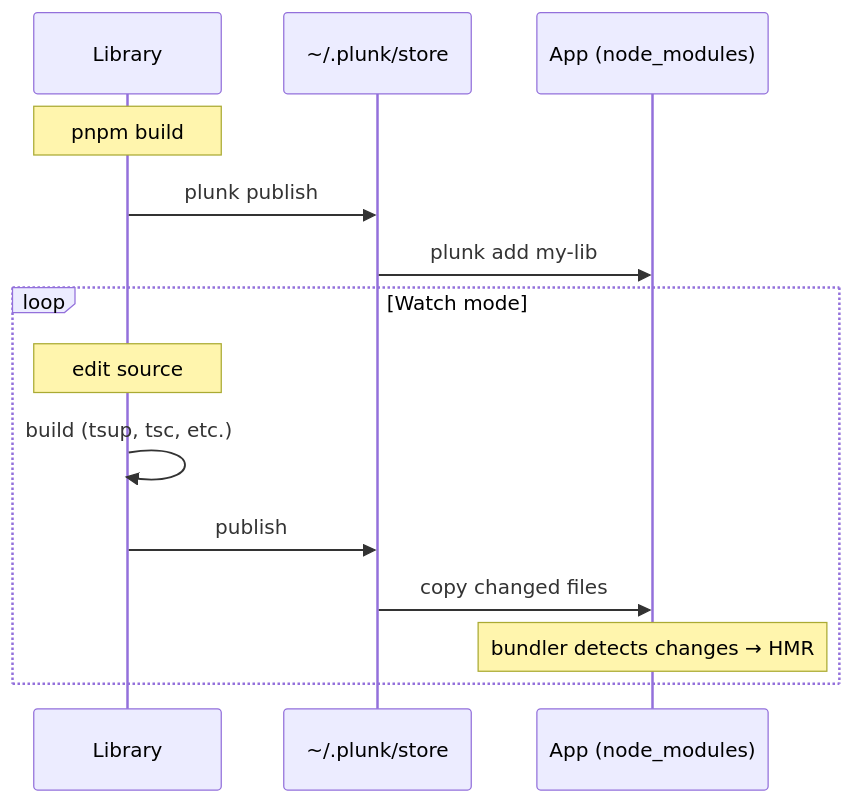
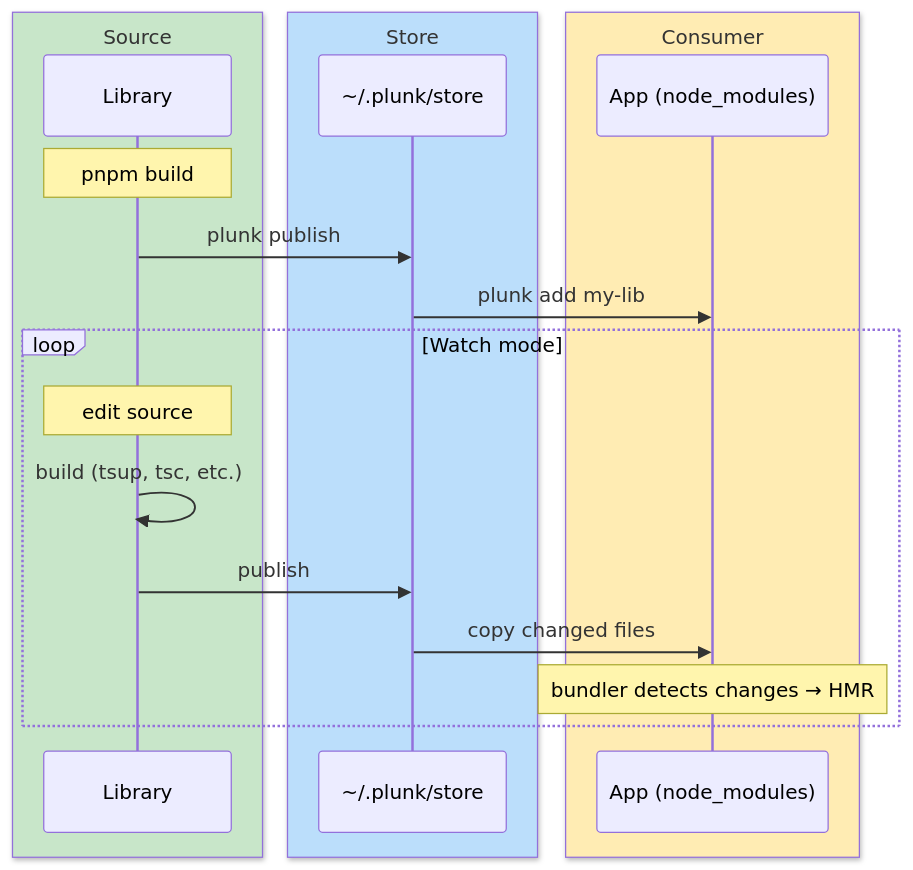
One commit to oleg-kuibar/plunk changed the first of 2 diagrams in docs/getting-started.md. Above: the diagram before and after it, drawn with Mermaid. The commit also changed other lines of this file and 10 other files, not shown here.

First line of the commit message:
docs: theme-safe mermaid colors, tighten prose

````diff
--- a/docs/getting-started.md
+++ b/docs/getting-started.md
@@ -14,18 +14,24 @@
 ```mermaid
 sequenceDiagram
-    participant Lib as Library
-    participant Store as ~/.plunk/store
-    participant App as App (node_modules)
+    box rgb(200,230,201) Source
+        participant Lib as Library
+    end
+    box rgb(187,222,251) Store
+        participant Store as ~/.plunk/store
+    end
+    box rgb(255,236,179) Consumer
+        participant App as App (node_modules)
+    end
 
     Note over Lib: pnpm build
     Lib->>Store: plunk publish
     Store->>App: plunk add my-lib
 
     loop Watch mode
         Note over Lib: edit source
         Lib->>Lib: build (tsup, tsc, etc.)
         Lib->>Store: publish
         Store->>App: copy changed files
         Note over App: bundler detects changes → HMR
     end
 ```
````
